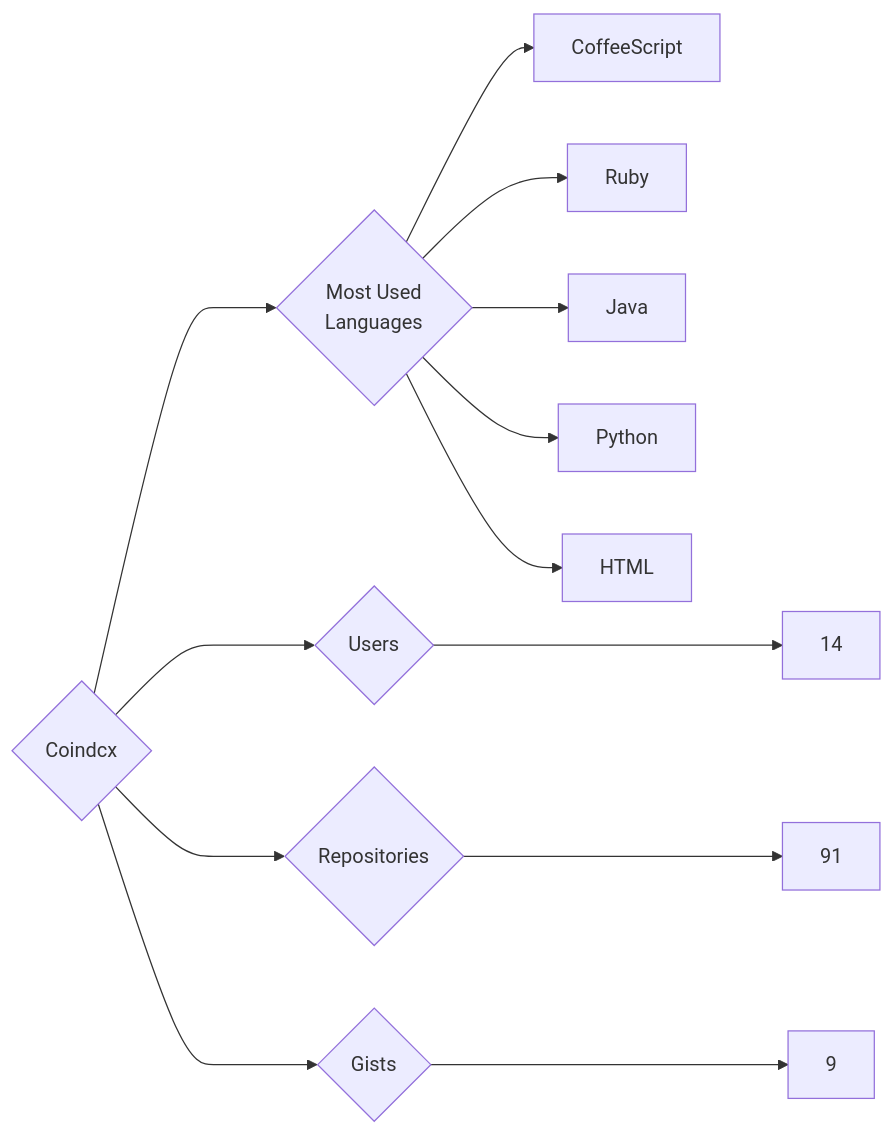
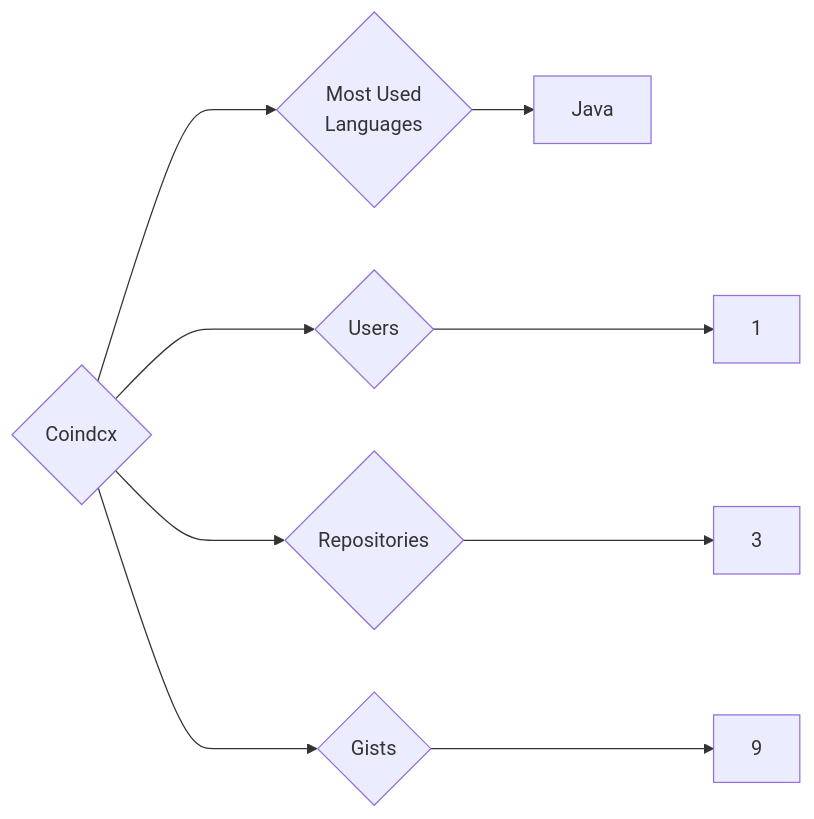
One commit to trickest/insiders changed the diagram in targets/Coindcx/README.md. Above: the diagram before and after it, drawn with Mermaid. The commit also changed 857 other files, not shown here.

````diff
--- a/targets/Coindcx/README.md
+++ b/targets/Coindcx/README.md
@@ -3,13 +3,9 @@
 ```mermaid
 graph LR
 COMPANY_NAME{Coindcx}
-COMPANY_NAME ---> U{Users} ---> UN[14]
-COMPANY_NAME ---> R{Repositories} ---> RN[91]
+COMPANY_NAME ---> U{Users} ---> UN[1]
+COMPANY_NAME ---> R{Repositories} ---> RN[3]
 COMPANY_NAME ---> G{Gists} ---> GN[9]
 COMPANY_NAME ---> ML{Most Used<br>Languages}
-ML --> CoffeeScript[CoffeeScript]
-ML --> Ruby[Ruby]
 ML --> Java[Java]
-ML --> Python[Python]
-ML --> HTML[HTML]
 ```
````
